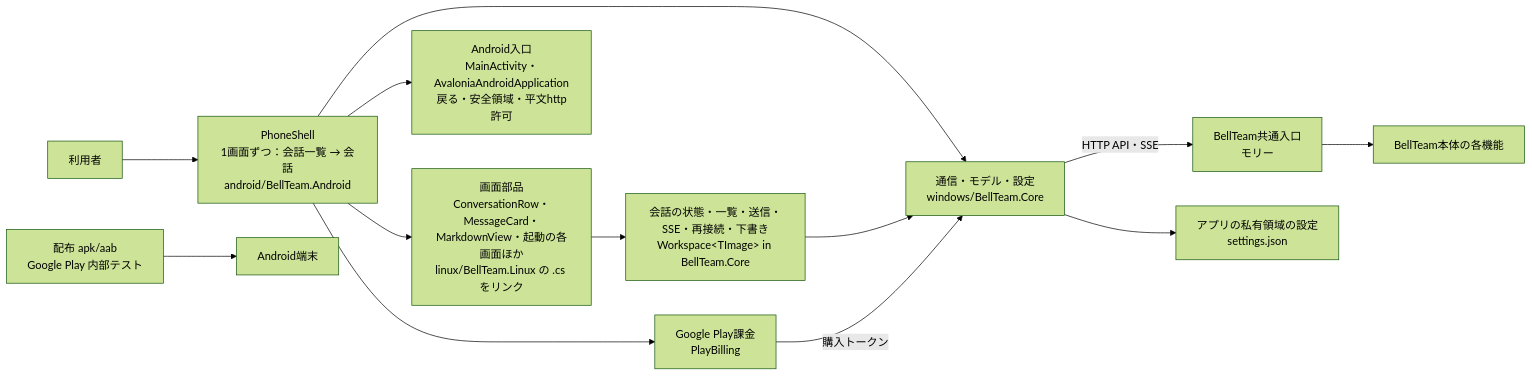
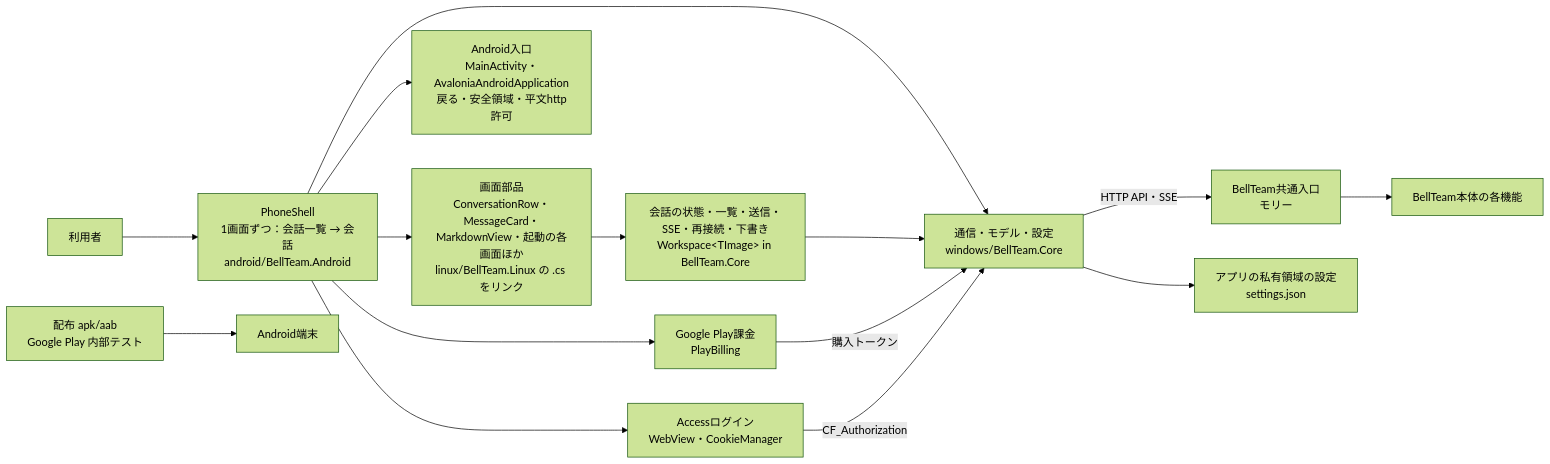
One commit to kitepon/BellTeam changed the first of 2 diagrams in docs/android-architecture.md. Above: the diagram before and after it, drawn with Mermaid (forest theme). The commit also changed other lines of this file and 4 other files, not shown here.

Commit message:
a350: Cloudflare Access sign-in in a WebView, sign-out in settings; version 0.1.1

````diff
--- a/docs/android-architecture.md
+++ b/docs/android-architecture.md
@@ -9,15 +9,17 @@
 ```mermaid
 flowchart LR
   user[利用者] --> shell[PhoneShell<br/>1画面ずつ：会話一覧 → 会話<br/>android/BellTeam.Android]
   shell --> views[画面部品<br/>ConversationRow・MessageCard・MarkdownView・起動の各画面ほか<br/>linux/BellTeam.Linux の .cs をリンク]
   views --> ws[会話の状態・一覧・送信・SSE・再接続・下書き<br/>Workspace&lt;TImage&gt; in BellTeam.Core]
   shell --> core[通信・モデル・設定<br/>windows/BellTeam.Core]
   ws --> core
   core -->|HTTP API・SSE| integration[BellTeam共通入口<br/>モリー]
   core --> local[アプリの私有領域の設定<br/>settings.json]
   shell --> billing[Google Play課金<br/>PlayBilling]
   billing -->|購入トークン| core
+  shell --> access[Accessログイン<br/>WebView・CookieManager]
+  access -->|CF_Authorization| core
   shell --> android[Android入口<br/>MainActivity・AvaloniaAndroidApplication<br/>戻る・安全領域・平文http許可]
   release[配布 apk/aab<br/>Google Play 内部テスト] --> device[Android端末]
   integration --> server[BellTeam本体の各機能]
 ```
````
